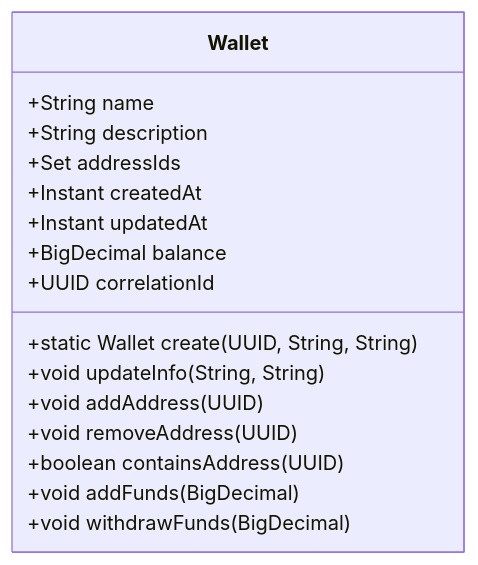
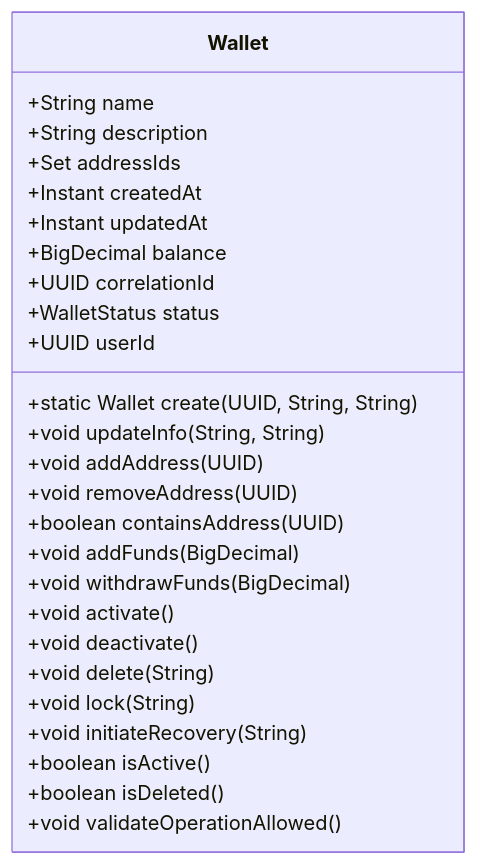
One commit to italoag/wallet changed the first of 15 diagrams in .qoder/repowiki/en/content/Domain Model & Data Structures/Domain Model & Data Structures.md. Above: the diagram before and after it, drawn with Mermaid. The commit also changed other lines of this file and 11 other files, not shown here.

Commit message:
fix: ValidateAddressUseCase and JpaUserRepository

````diff
--- a/.qoder/repowiki/en/content/Domain Model & Data Structures/Domain Model & Data Structures.md
+++ b/.qoder/repowiki/en/content/Domain Model & Data Structures/Domain Model & Data Structures.md
@@ -48,19 +49,29 @@
 ```mermaid
 classDiagram
 class Wallet {
 +String name
 +String description
 +Set<UUID> addressIds
 +Instant createdAt
 +Instant updatedAt
 +BigDecimal balance
 +UUID correlationId
++WalletStatus status
++UUID userId
 +static Wallet create(UUID, String, String)
 +void updateInfo(String, String)
 +void addAddress(UUID)
 +void removeAddress(UUID)
 +boolean containsAddress(UUID)
 +void addFunds(BigDecimal)
 +void withdrawFunds(BigDecimal)
++void activate()
++void deactivate()
++void delete(String)
++void lock(String)
++void initiateRecovery(String)
++boolean isActive()
++boolean isDeleted()
++void validateOperationAllowed()
 }
 ```
````
